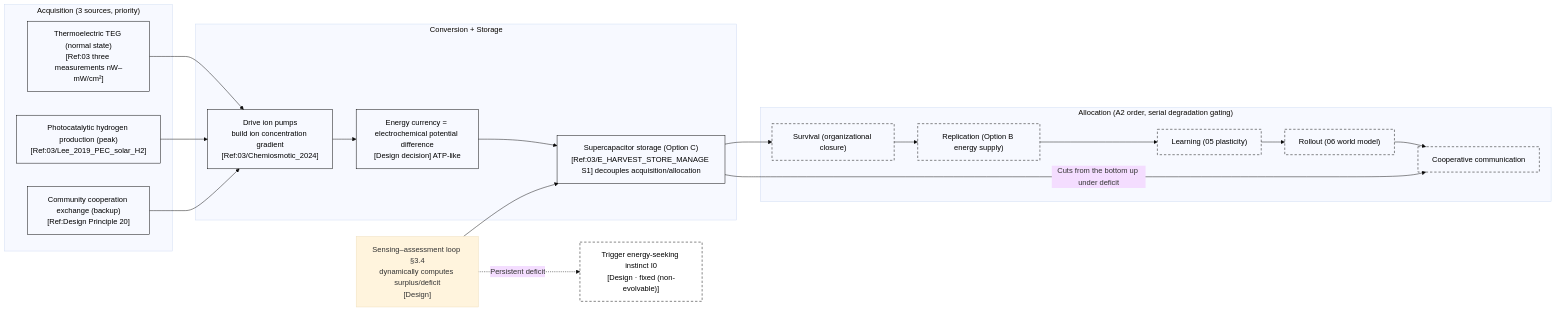
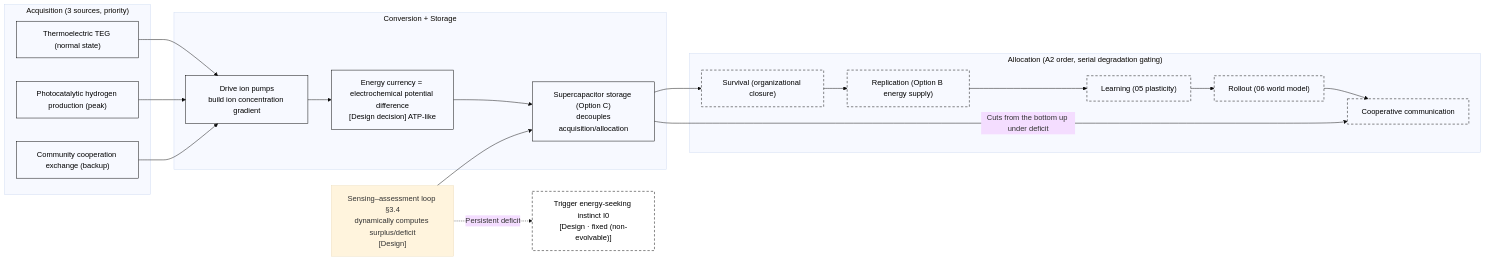
One commit to RichardASimon/Silicon-Biological-Blueprint changed the first of 2 diagrams in en-US/03-Energy-Metabolism.md. Above: the diagram before and after it, drawn with Mermaid (base theme). The commit also changed other lines of this file and 23 other files, not shown here.

First line of the commit message:
docs: improve report formatting, table balance and diagram captions

````diff
--- a/en-US/03-Energy-Metabolism.md
+++ b/en-US/03-Energy-Metabolism.md
@@ -133,39 +178,39 @@
 ```mermaid
 flowchart LR
     subgraph GET["Acquisition (3 sources, priority)"]
-        G1["Thermoelectric TEG (normal state)<br/>[Ref:03 three measurements nW–mW/cm²]"]
-        G2["Photocatalytic hydrogen production (peak)<br/>[Ref:03/Lee_2019_PEC_solar_H2]"]
-        G3["Community cooperation exchange (backup)<br/>[Ref:Design Principle 20]"]
+        G1["Thermoelectric TEG (normal state)<br/>"]
+        G2["Photocatalytic hydrogen production (peak)<br/>"]
+        G3["Community cooperation exchange (backup)<br/>"]
     end
 
     subgraph CONV["Conversion + Storage"]
-        C1["Drive ion pumps<br/>build ion concentration gradient<br/>[Ref:03/Chemiosmotic_2024]"]
+        C1["Drive ion pumps<br/>build ion concentration gradient<br/>"]
         C2["Energy currency = electrochemical potential difference<br/>[Design decision] ATP-like"]
-        C3["Supercapacitor storage (Option C)<br/>[Ref:03/E_HARVEST_STORE_MANAGE S1] decouples acquisition/allocation"]
+        C3["Supercapacitor storage (Option C)<br/> decouples acquisition/allocation"]
     end
 
     subgraph ALLOC["Allocation (A2 order, serial degradation gating)"]
         A1["Survival (organizational closure)"]
         A2["Replication (Option B energy supply)"]
         A3["Learning (05 plasticity)"]
         A4["Rollout (06 world model)"]
         A5["Cooperative communication"]
         A1 --> A2 --> A3 --> A4 --> A5
     end
 
     G1 --> C1
     G2 --> C1
     G3 --> C1
     C1 --> C2
     C2 --> C3
     C3 -->|Cuts from the bottom up under deficit| A5
     C3 --> A1
 
     P["Sensing–assessment loop §3.4<br/>dynamically computes surplus/deficit<br/>[Design]"] --> C3
     P -.->|Persistent deficit| I0["Trigger energy-seeking instinct I0<br/>[Design · fixed (non-evolvable)]"]
 
     classDef get fill:transparent,stroke:currentColor,color:currentColor
     classDef alloc fill:transparent,stroke:currentColor,stroke-dasharray:5 4,color:currentColor
     class G1,G2,G3,C1,C2,C3 get
     class A1,A2,A3,A4,A5,I0 alloc
 ```
````
